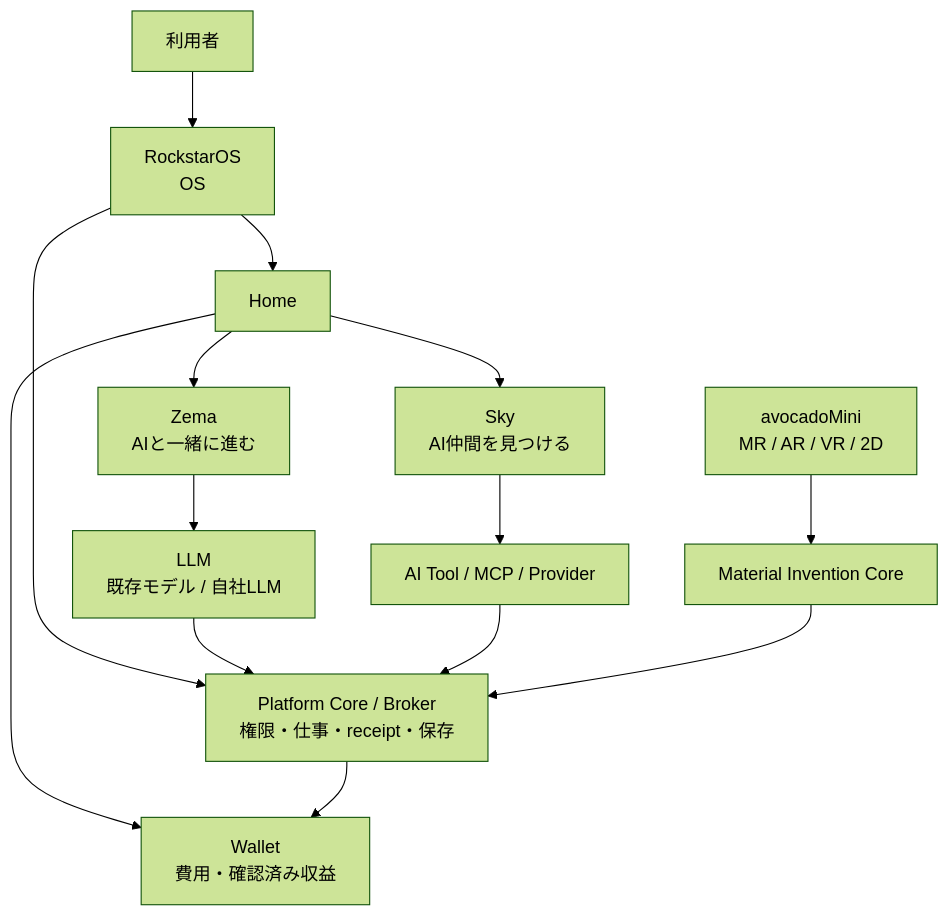
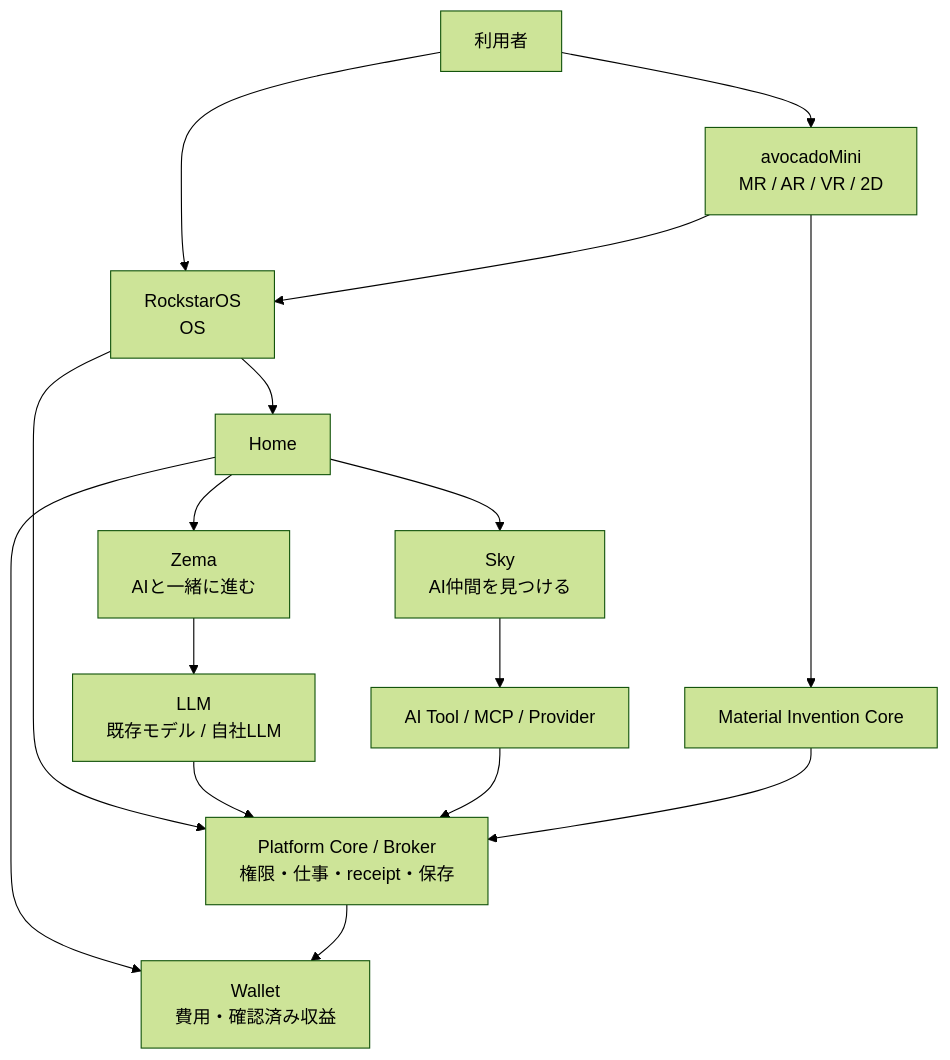
The diagram in README.md (k999ln/rock), drawn with Mermaid (forest theme) before and after one commit. The commit also changed other lines of this file and 14 other files, not shown here.

````diff
--- a/README.md
+++ b/README.md
@@ -46,25 +48,27 @@
 ```mermaid
 flowchart TB
   USER[利用者]
   OS[RockstarOS\nOS]
   CORE[Platform Core / Broker\n権限・仕事・receipt・保存]
   HOME[Home]
   SKY[Sky\nAI仲間を見つける]
   ZEMA[Zema\nAIと一緒に進む]
   WALLET[Wallet\n費用・確認済み収益]
   MODEL[LLM\n既存モデル / 自社LLM]
   TOOLS[AI Tool / MCP / Provider]
   MR[avocadoMini\nMR / AR / VR / 2D]
   MATERIAL[Material Invention Core]
+  USER --> MR
   USER --> OS
+  MR --> OS
   OS --> HOME
   OS --> CORE
   HOME --> SKY & ZEMA & WALLET
   SKY --> TOOLS
   ZEMA --> MODEL
   MODEL --> CORE
   TOOLS --> CORE
   CORE --> WALLET
   MR --> MATERIAL
   MATERIAL --> CORE
 ```
````
